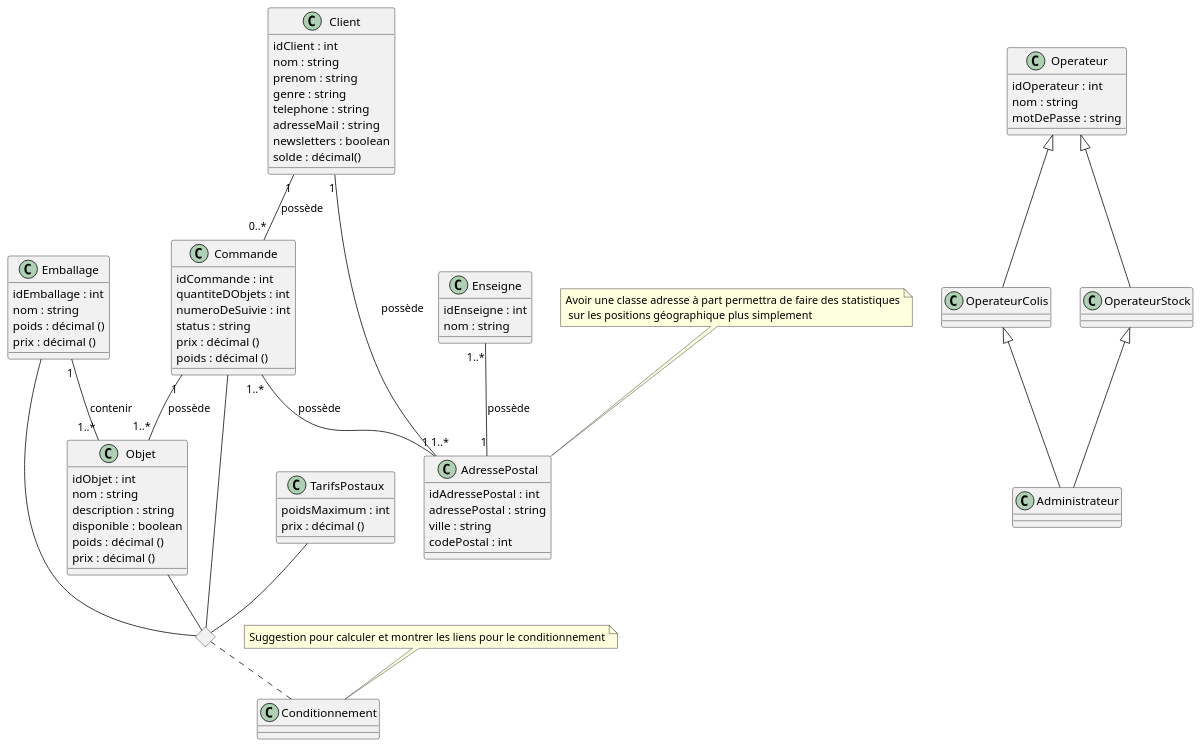
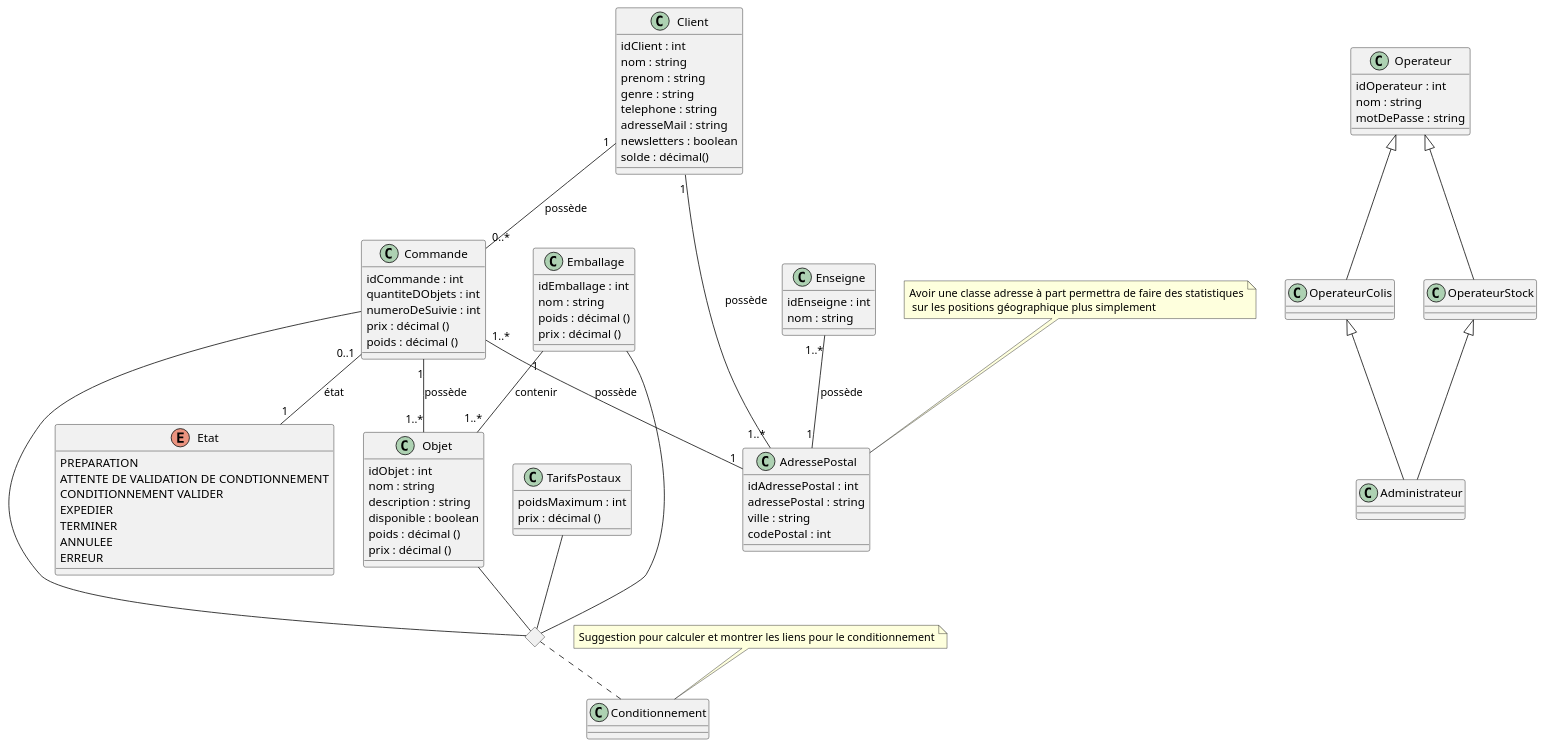
The diagram in Diagrammes_de_classe/Diagramme_de_classe_proposition_changement.puml (Bluwen/Conception_d_une_application_informatique), drawn with PlantUML before and after one commit.

Commit message:
ajout d'une énumération pour l'état des commandes

```diff
--- a/Diagrammes_de_classe/Diagramme_de_classe_proposition_changement.puml
+++ b/Diagrammes_de_classe/Diagramme_de_classe_proposition_changement.puml
@@ -1,111 +1,123 @@
 @startuml Classe model
 
 class Client {
     idClient : int
     nom : string
     prenom : string
     genre : string
     'adressePostal : string
     'codePostal : int
     'ville : string
     telephone : string
     adresseMail : string
     newsletters : boolean
     {field} solde : décimal()
 }
 
 class Commande {
     idCommande : int
     quantiteDObjets : int
     numeroDeSuivie : int
-    status : string
     {field} prix : décimal ()
     {field} poids : décimal ()
 }
 
 class Objet {
     idObjet : int
     nom : string
     description : string
     disponible : boolean
     {field} poids : décimal ()
     {field} prix : décimal ()
 }
 
 class Emballage {
     idEmballage : int
     nom : string
     {field} poids : décimal ()
     {field} prix : décimal ()
 }
 
 class Enseigne {
     idEnseigne : int
     nom : string
     'ville : string
     'codePostal : int
 }
 
 class TarifsPostaux {
     poidsMaximum : int
     {field} prix : décimal ()
 }
 
 class AdressePostal {
     idAdressePostal : int
     adressePostal : string
     ville : string
     codePostal : int
 }
+
+enum Etat {
+    PREPARATION
+    ATTENTE DE VALIDATION DE CONDTIONNEMENT
+    CONDITIONNEMENT VALIDER
+    EXPEDIER
+    TERMINER
+    ANNULEE
+    ERREUR
+}
+
 
 class Conditionnement {
 
 }
 
 diamond dia
 
 class Operateur {
     idOperateur : int
     nom : string
     motDePasse : string
 }
 
 class OperateurColis {
 
 }
 
 class OperateurStock {
 
 }
 
 class Administrateur {
 
 }
 
 Client "1"-- "0..*" Commande : possède
 Commande "1" -- "1..*" Objet : possède
 Emballage "1" -- "1..*" Objet : contenir
 
 Client "1" -- "1..*" AdressePostal : possède
 Commande "1..*" -- "1" AdressePostal : possède
 Enseigne "1..*" -- "1"AdressePostal : possède
 
 note "Avoir une classe adresse à part permettra de faire des statistiques\n sur les positions géographique plus simplement" as N1
 
 N1 .. AdressePostal
 
 Emballage -- dia
 Objet -- dia
 Commande -- dia
 TarifsPostaux -- dia
 dia .. Conditionnement
 
 note "Suggestion pour calculer et montrer les liens pour le conditionnement" as N2
 N2 .. Conditionnement
 
 Operateur <|-- OperateurColis
 Operateur <|-- OperateurStock
 OperateurStock <|-- Administrateur
 OperateurColis <|-- Administrateur
 
+Commande "0..1" -- "1"Etat :état
+
 @enduml
```
